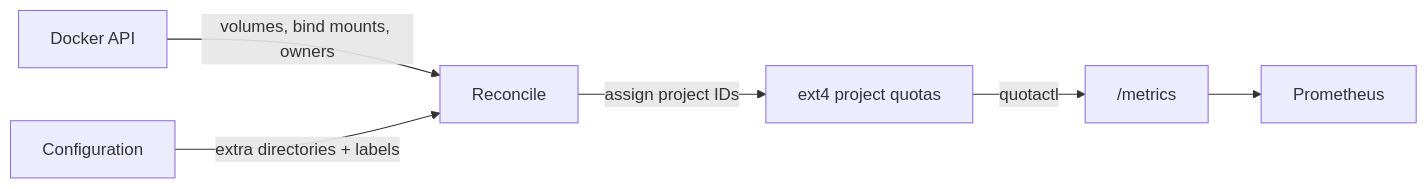
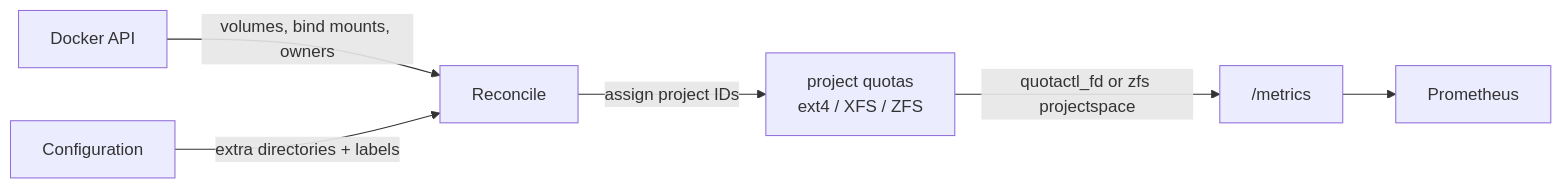
One commit to motwok/DirAdvisor changed the diagram in README.md. Above: the diagram before and after it, drawn with Mermaid. The commit also changed other lines of this file, not shown here.

````diff
--- a/README.md
+++ b/README.md
@@ -25,8 +25,8 @@
 ```mermaid
 flowchart LR
   D[Docker API] -->|volumes, bind mounts, owners| R[Reconcile]
   C[Configuration] -->|extra directories + labels| R
-  R -->|assign project IDs| F[ext4 project quotas]
-  F -->|quotactl| M["/metrics"]
+  R -->|assign project IDs| F[project quotas<br/>ext4 / XFS / ZFS]
+  F -->|quotactl_fd or zfs projectspace| M["/metrics"]
   M --> P[Prometheus]
 ```
````
